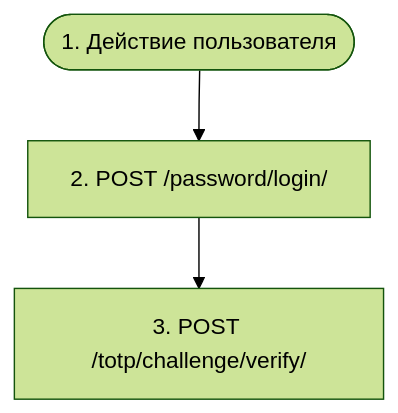
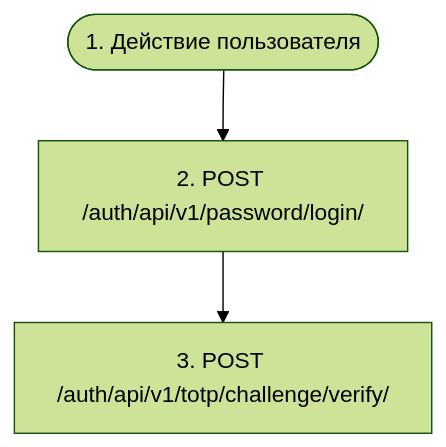
One commit to usestapel/stapel-auth changed the diagram in docs/flows/ru/auth.password_login.md. Above: the diagram before and after it, drawn with Mermaid (forest theme). The commit also changed other lines of this file and 25 other files, not shown here.

````diff
--- a/docs/flows/ru/auth.password_login.md
+++ b/docs/flows/ru/auth.password_login.md
@@ -11,8 +11,8 @@
 ```mermaid
 flowchart TD
     s1(["1. Действие пользователя"])
-    s2["2. POST /password/login/"]
-    s3["3. POST /totp/challenge/verify/"]
+    s2["2. POST /auth/api/v1/password/login/"]
+    s3["3. POST /auth/api/v1/totp/challenge/verify/"]
     s1 --> s2
     s2 --> s3
 ```
````
